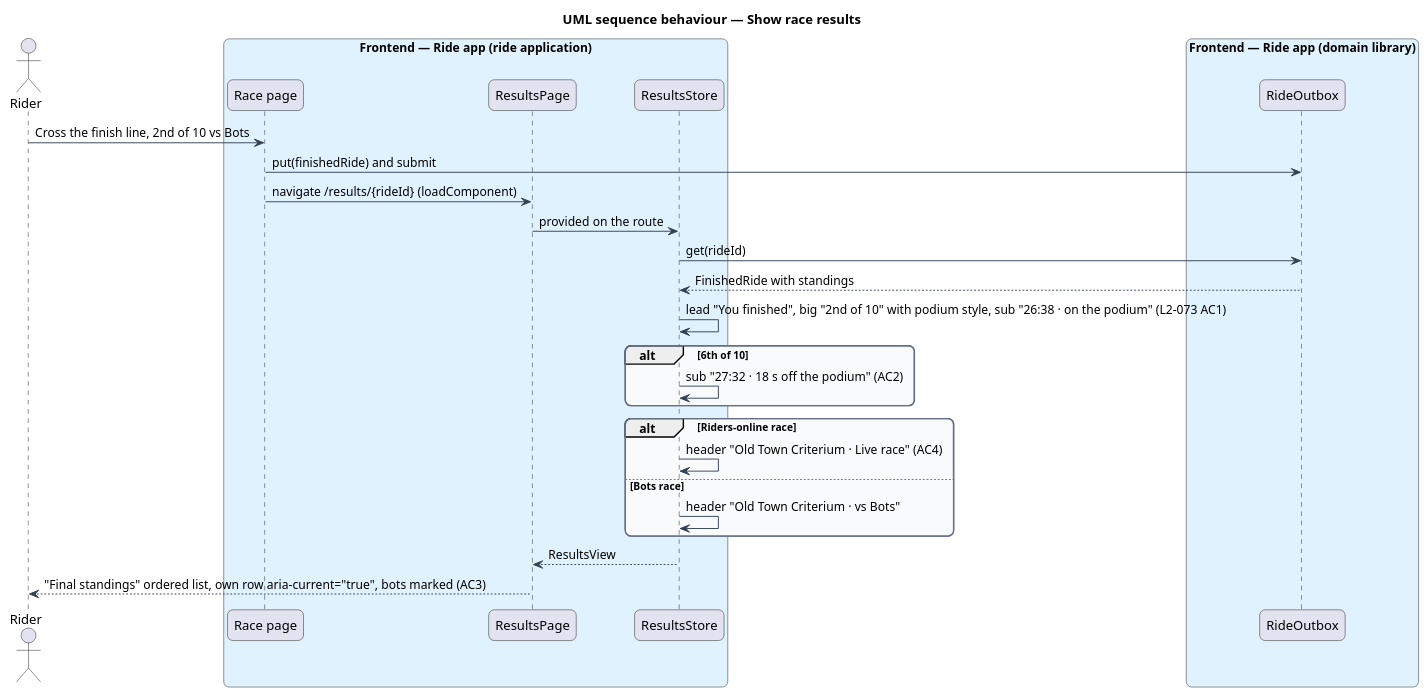
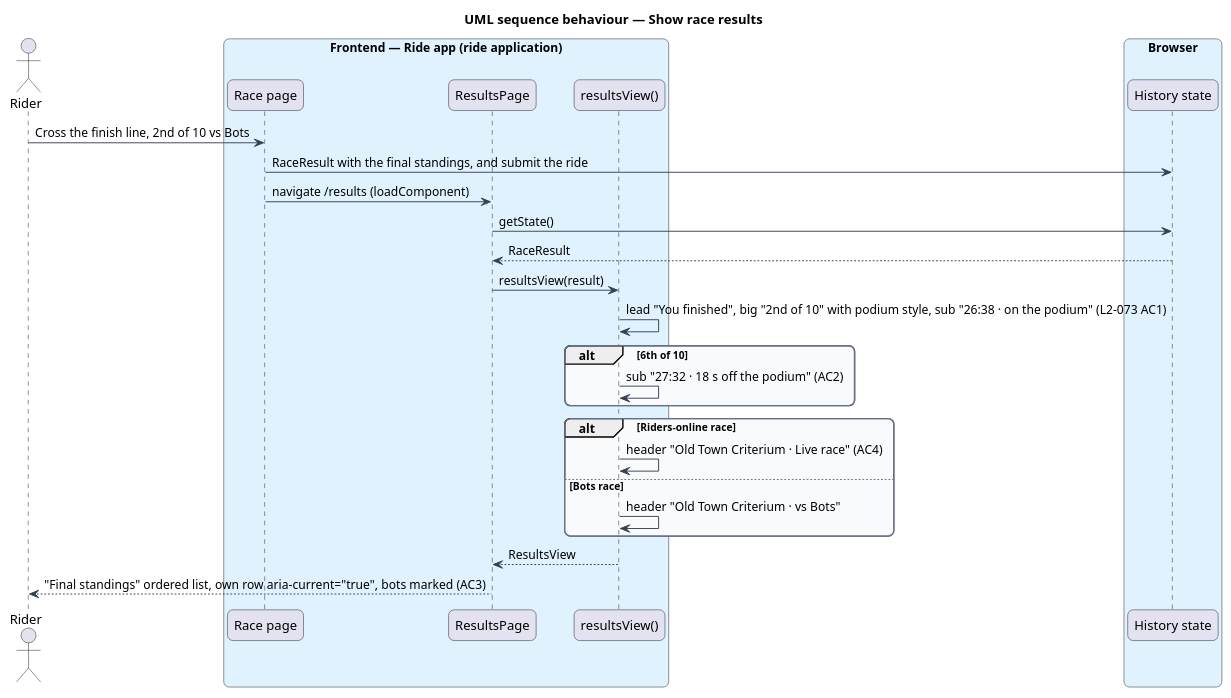
The diagram in docs/detailed-designs/results/show-results/diagrams/sequence-show-race-results.puml (QuinntyneBrown/ride-one), drawn with PlantUML before and after one commit. The commit also changed 8 other files, not shown here.

```diff
--- a/docs/detailed-designs/results/show-results/diagrams/sequence-show-race-results.puml
+++ b/docs/detailed-designs/results/show-results/diagrams/sequence-show-race-results.puml
@@ -1,43 +1,43 @@
 @startuml
 title UML sequence behaviour — Show race results
 skinparam backgroundColor #FFFFFF
 skinparam shadowing false
 skinparam roundcorner 12
 skinparam defaultFontName Arial
 skinparam ArrowColor #344054
 skinparam rectangle {
   BorderColor #344054
   FontColor #101828
 }
 skinparam package {
   BorderColor #667085
   FontColor #101828
   BackgroundColor #F9FAFB
 }
 actor "Rider" as actor
 box "Frontend — Ride app (ride application)" #E0F2FE
   participant "Race page" as race
   participant "ResultsPage" as page
-  participant "ResultsStore" as store
+  participant "resultsView()" as store
 end box
-box "Frontend — Ride app (domain library)" #E0F2FE
-  participant "RideOutbox" as outbox
+box "Browser" #E0F2FE
+  participant "History state" as outbox
 end box
 actor -> race : Cross the finish line, 2nd of 10 vs Bots
-race -> outbox : put(finishedRide) and submit
-race -> page : navigate /results/{rideId} (loadComponent)
-page -> store : provided on the route
-store -> outbox : get(rideId)
-outbox --> store : FinishedRide with standings
+race -> outbox : RaceResult with the final standings, and submit the ride
+race -> page : navigate /results (loadComponent)
+page -> outbox : getState()
+outbox --> page : RaceResult
+page -> store : resultsView(result)
 store -> store : lead "You finished", big "2nd of 10" with podium style, sub "26:38 · on the podium" (L2-073 AC1)
 alt 6th of 10
   store -> store : sub "27:32 · 18 s off the podium" (AC2)
 end
 alt Riders-online race
   store -> store : header "Old Town Criterium · Live race" (AC4)
 else Bots race
   store -> store : header "Old Town Criterium · vs Bots"
 end
 store --> page : ResultsView
 page --> actor : "Final standings" ordered list, own row aria-current="true", bots marked (AC3)
 @enduml
```
